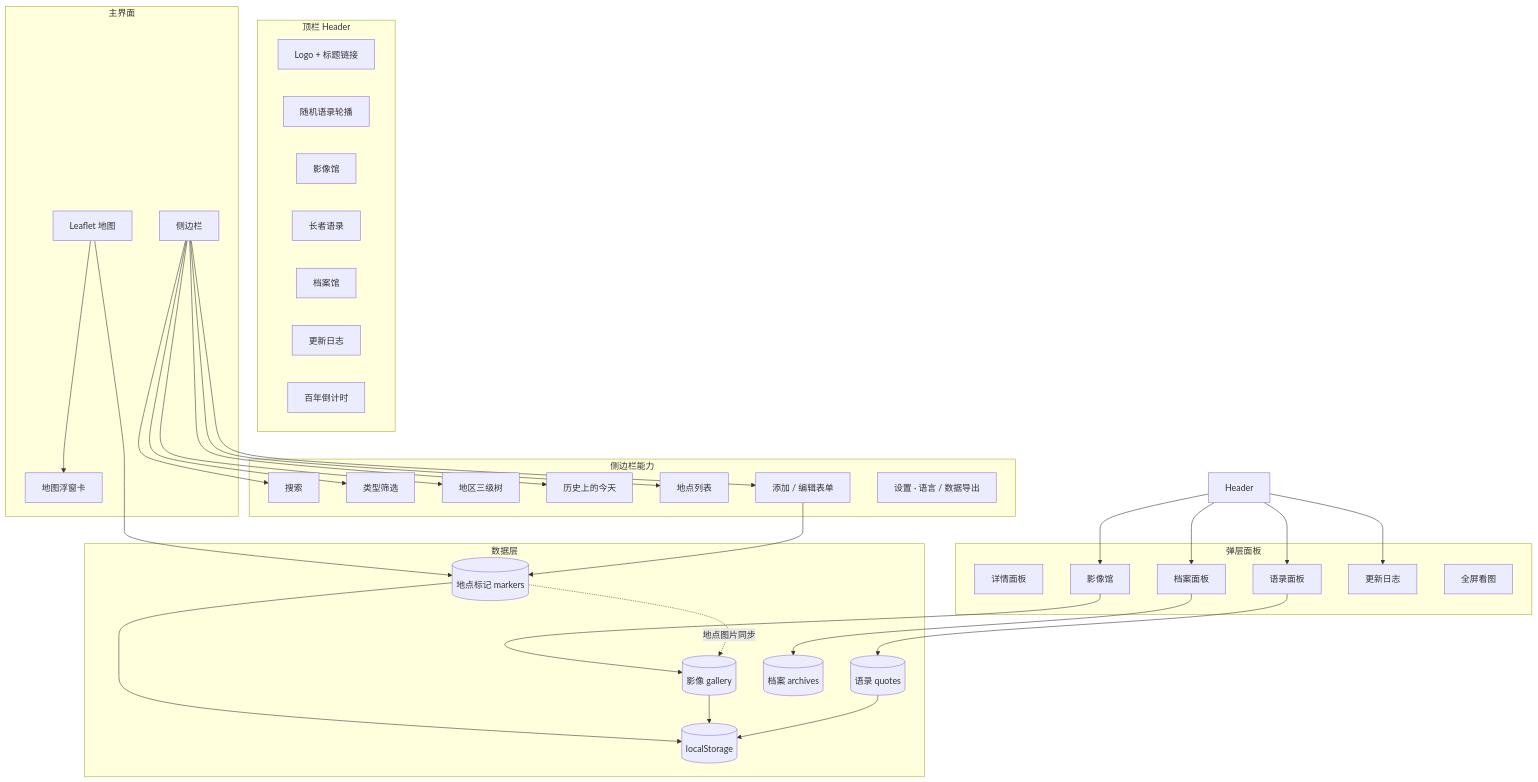
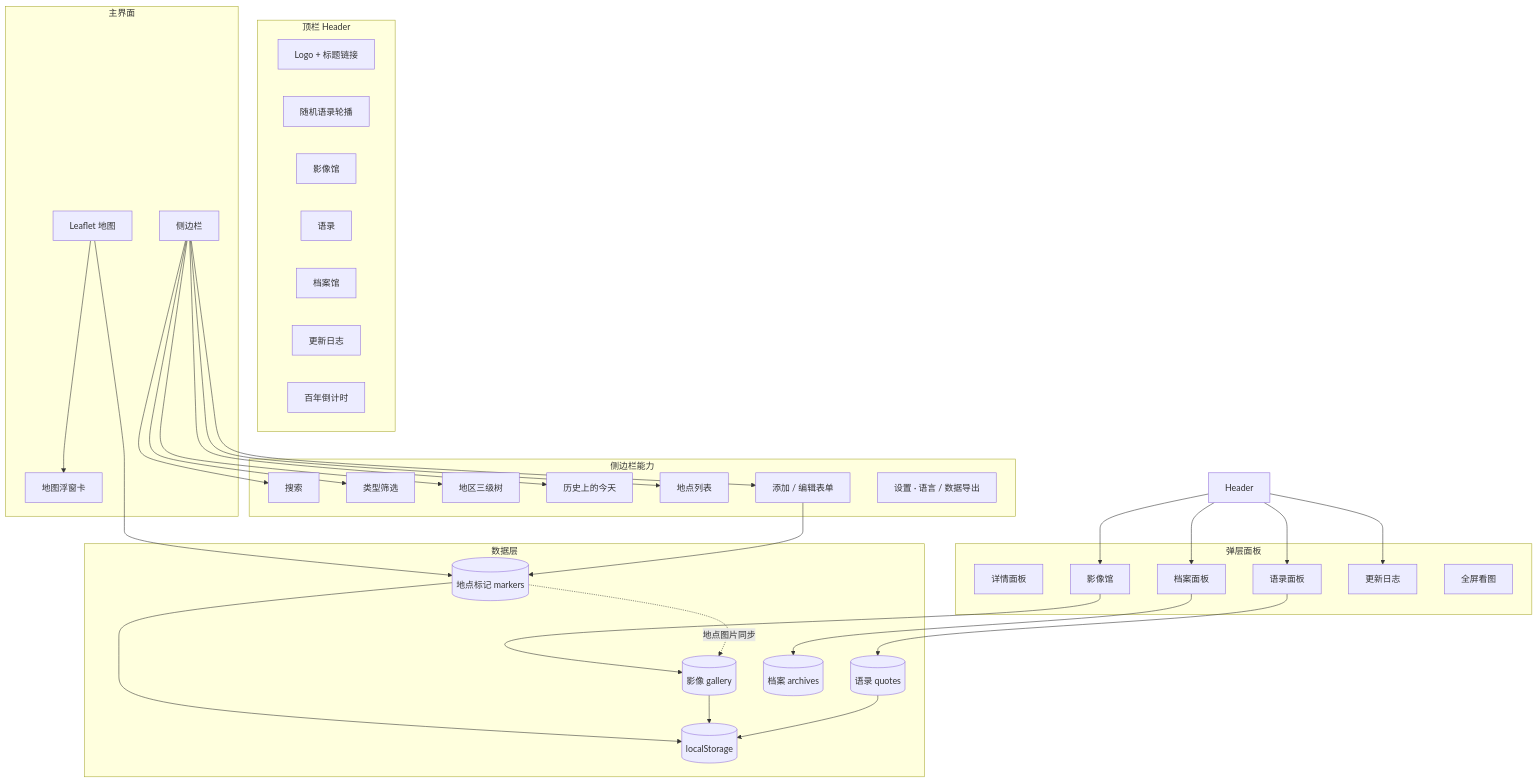
Before and after one commit to BruzeLam/jzm-memorial-map: the third of 5 diagrams in docs/PRD.md, drawn with Mermaid. The commit also changed other lines of this file and 6 other files, not shown here.

````diff
--- a/docs/PRD.md
+++ b/docs/PRD.md
@@ -104,56 +106,56 @@
 ```mermaid
 flowchart TB
   subgraph 顶栏 Header
     Logo[Logo + 标题链接]
     RandomQuote[随机语录轮播]
     NavGallery[影像馆]
-    NavQuotes[长者语录]
+    NavQuotes[语录]
     NavArchive[档案馆]
     NavChangeLog[更新日志]
     Countdown[百年倒计时]
   end
 
   subgraph 主界面
     Map[Leaflet 地图]
     FloatCard[地图浮窗卡]
     Sidebar[侧边栏]
   end
 
   subgraph 侧边栏能力
     Search[搜索]
     Filter[类型筛选]
     Region[地区三级树]
     OnThisDay[历史上的今天]
     List[地点列表]
     Form[添加 / 编辑表单]
     Settings[设置 · 语言 / 数据导出]
   end
 
   subgraph 弹层面板
     Detail[详情面板]
     GalleryPanel[影像馆]
     QuotesPanel[语录面板]
     ArchivePanel[档案面板]
     ChangeLogPanel[更新日志]
     ImageViewer[全屏看图]
   end
 
   subgraph 数据层
     Markers[(地点标记 markers)]
     Gallery[(影像 gallery)]
     Quotes[(语录 quotes)]
     Archives[(档案 archives)]
     LocalStorage[(localStorage)]
   end
 
   Header --> GalleryPanel & QuotesPanel & ArchivePanel & ChangeLogPanel
   Map --> FloatCard
   Sidebar --> Search & Filter & Region & OnThisDay & List & Form
   Map --> Markers
   Form --> Markers
   GalleryPanel --> Gallery
   QuotesPanel --> Quotes
   ArchivePanel --> Archives
   Markers -.地点图片同步.-> Gallery
   Markers & Gallery & Quotes --> LocalStorage
 ```
````
